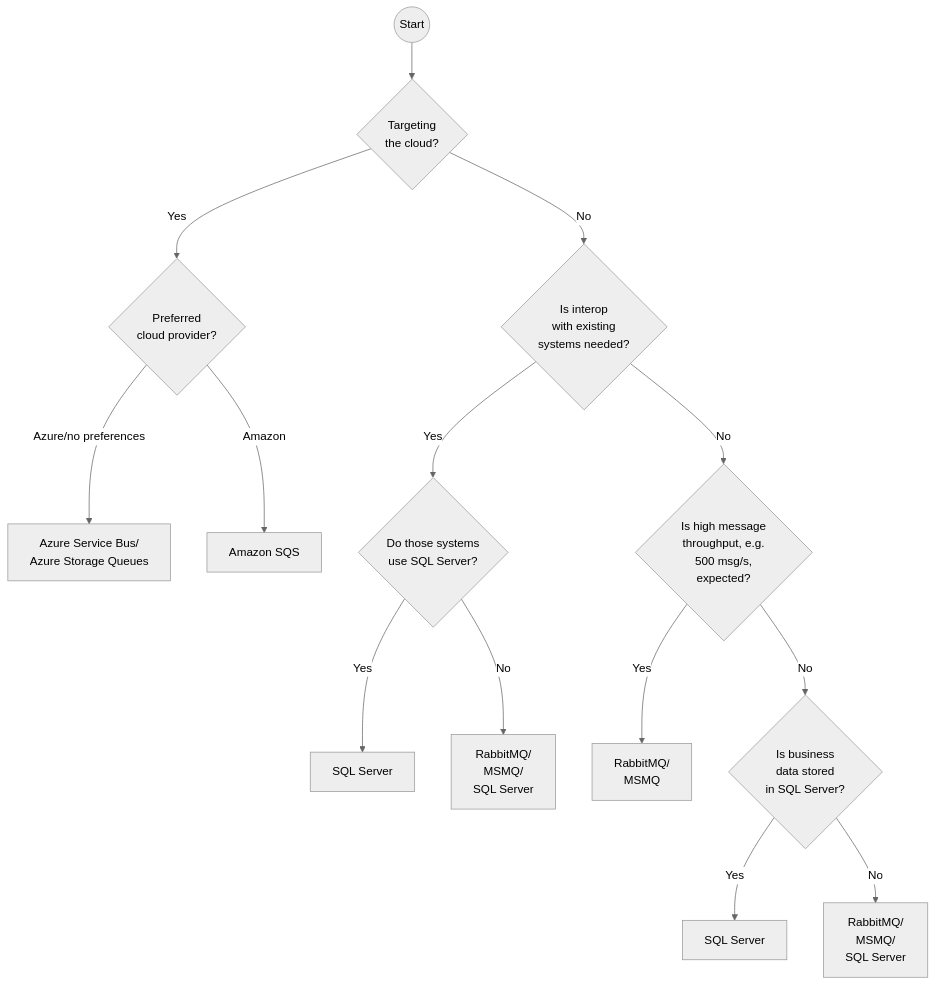
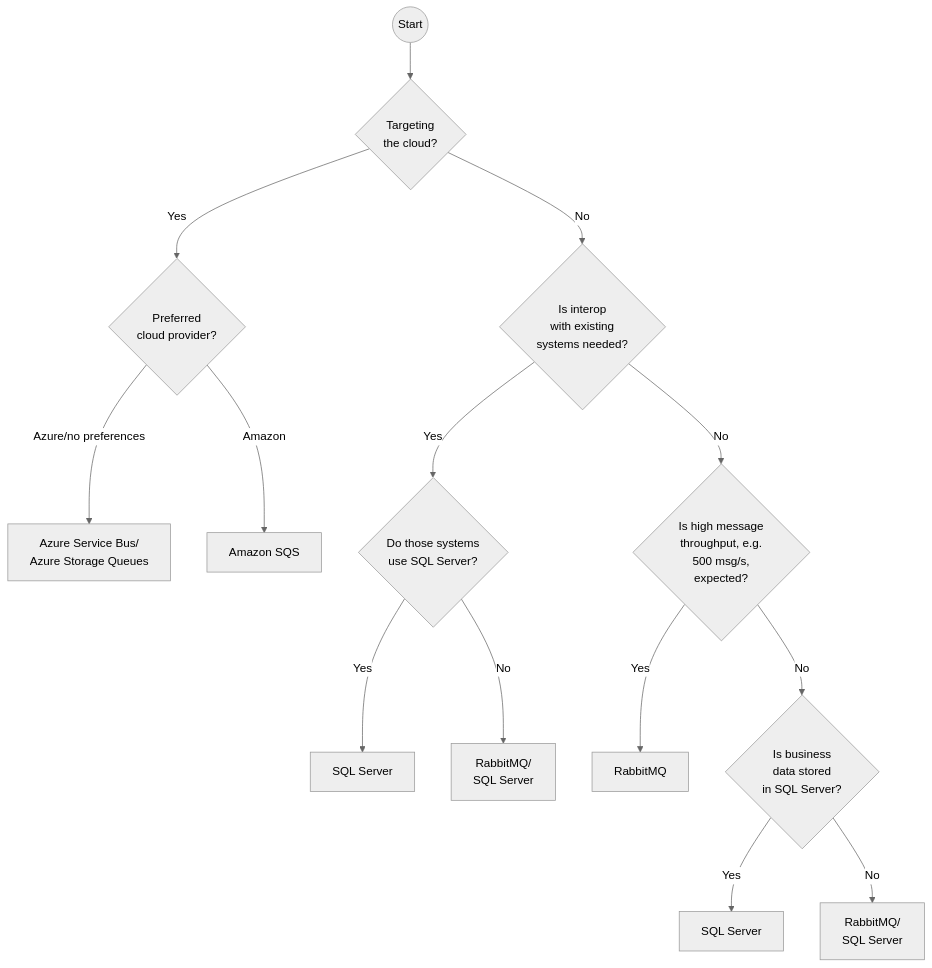
Before and after one commit to Particular/docs.particular.net: the diagram in transports/selecting.md, drawn with Mermaid (neutral theme). The commit also changed other lines of this file, not shown here.

Commit message:
Change MSMQ in transport guidance

````diff
--- a/transports/selecting.md
+++ b/transports/selecting.md
@@ -35,16 +35,16 @@
 ```mermaid
 graph TD
 S((Start))-->Q{<center>Targeting<br/>the cloud?</center>}
 Q-->|Yes|Y{<center>Preferred<br/>cloud provider?</center>}
 Q-->|No|N{<center>Is interop<br/>with existing<br/>systems needed?</center>}
 Y-->|Azure/no preferences|Y1[<center>Azure Service Bus/<br/>Azure Storage Queues</center>]
 Y-->|Amazon|Y2[Amazon SQS]
 N-->|Yes|NY{<center>Do those systems<br/>use SQL Server?</center>}
 N-->|No|NN{<center>Is high message<br/>throughput, e.g.<br/>500 msg/s,<br/>expected?</center>}
 NY-->|Yes|NYY[SQL Server]
-NY-->|No|NYN[<center>RabbitMQ/<br/>MSMQ/<br/>SQL Server</center>]
-NN-->|Yes|NNY[<center>RabbitMQ/<br/>MSMQ</center>]
+NY-->|No|NYN[<center>RabbitMQ/<br/>SQL Server</center>]
+NN-->|Yes|NNY[<center>RabbitMQ</center>]
 NN-->|No|NNN{<center>Is business<br/>data stored<br/>in SQL Server?</center>}
 NNN-->|Yes|NNNY[SQL Server]
-NNN-->|No|NNNN[<center>RabbitMQ/<br/>MSMQ/<br/>SQL Server</center>]
+NNN-->|No|NNNN[<center>RabbitMQ/<br/>SQL Server</center>]
 ```
````
